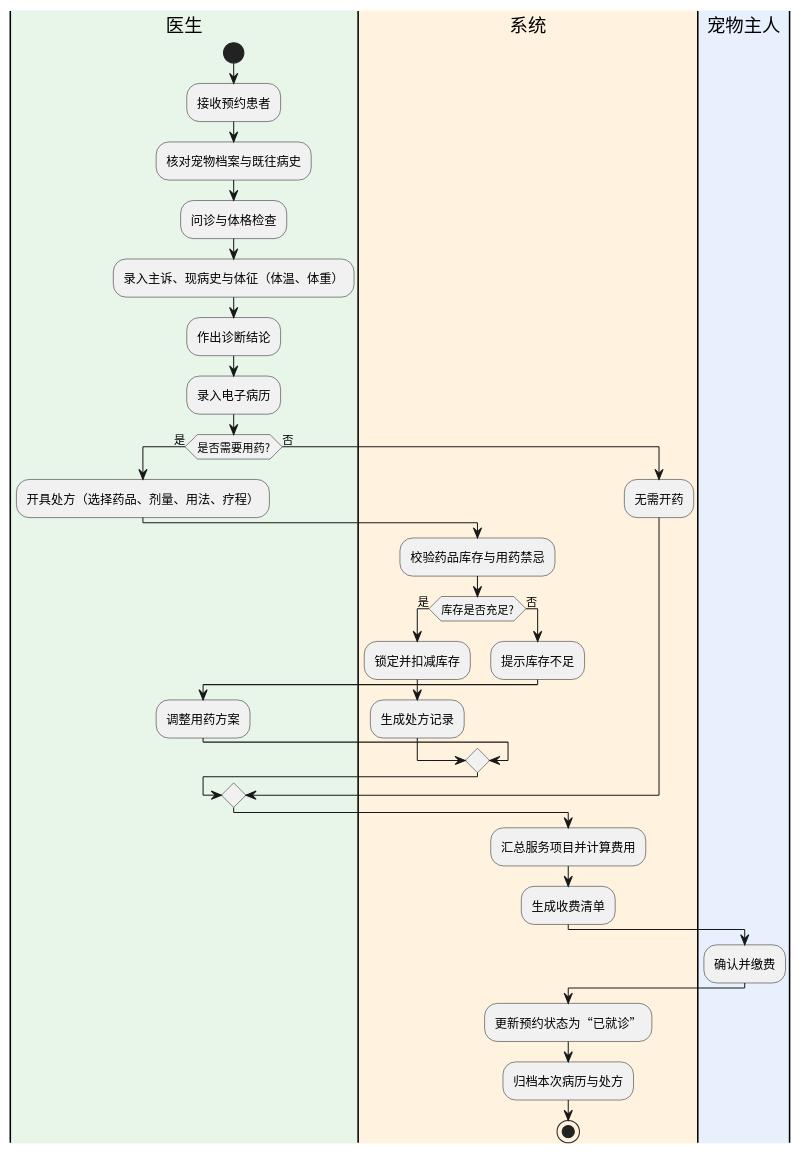
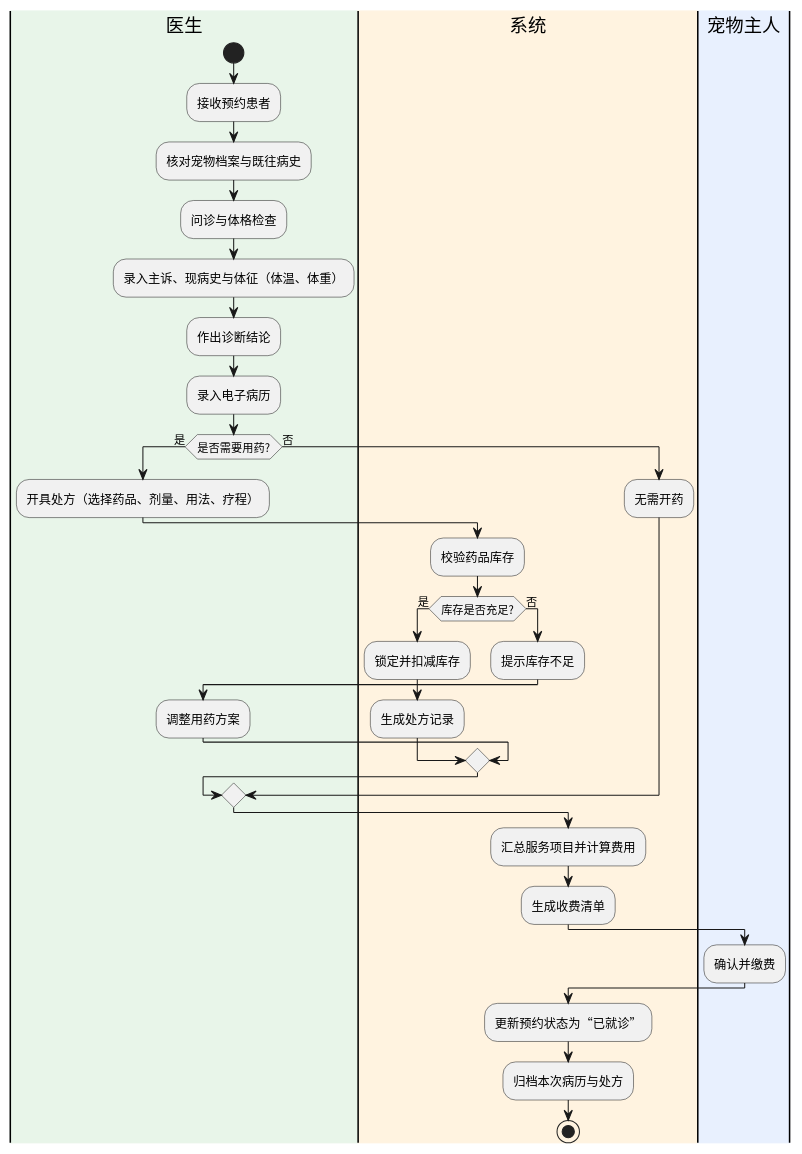
The diagram in docs/02-需求分析/图表源文件/图6-接诊诊疗业务流程图.puml (esneighbour9/Pet-Medical-Management), drawn with PlantUML before and after one commit. The commit also changed 13 other files, not shown here.

Commit message:
refactor(需求): 功能范围收敛为六模块，同步更新需求说明书、图表、开题报告与答辩材料

```diff
--- a/docs/02-需求分析/图表源文件/图6-接诊诊疗业务流程图.puml
+++ b/docs/02-需求分析/图表源文件/图6-接诊诊疗业务流程图.puml
@@ -1,45 +1,45 @@
 @startuml
 ' 图6 接诊诊疗业务流程图
 skinparam shadowing false
 skinparam defaultFontName "Noto Sans CJK SC"
 
 |#E8F5E9|医生|
 start
 :接收预约患者;
 :核对宠物档案与既往病史;
 :问诊与体格检查;
 :录入主诉、现病史与体征（体温、体重）;
 :作出诊断结论;
 :录入电子病历;
 
 if (是否需要用药?) then (是)
   :开具处方（选择药品、剂量、用法、疗程）;
 
   |#FFF3E0|系统|
-  :校验药品库存与用药禁忌;
+  :校验药品库存;
 
   if (库存是否充足?) then (是)
     :锁定并扣减库存;
     :生成处方记录;
   else (否)
     :提示库存不足;
     |#E8F5E9|医生|
     :调整用药方案;
   endif
 else (否)
   |#FFF3E0|系统|
   :无需开药;
 endif
 
 |#FFF3E0|系统|
 :汇总服务项目并计算费用;
 :生成收费清单;
 
 |#E8F0FE|宠物主人|
 :确认并缴费;
 
 |#FFF3E0|系统|
 :更新预约状态为“已就诊”;
 :归档本次病历与处方;
 stop
 @enduml
```
